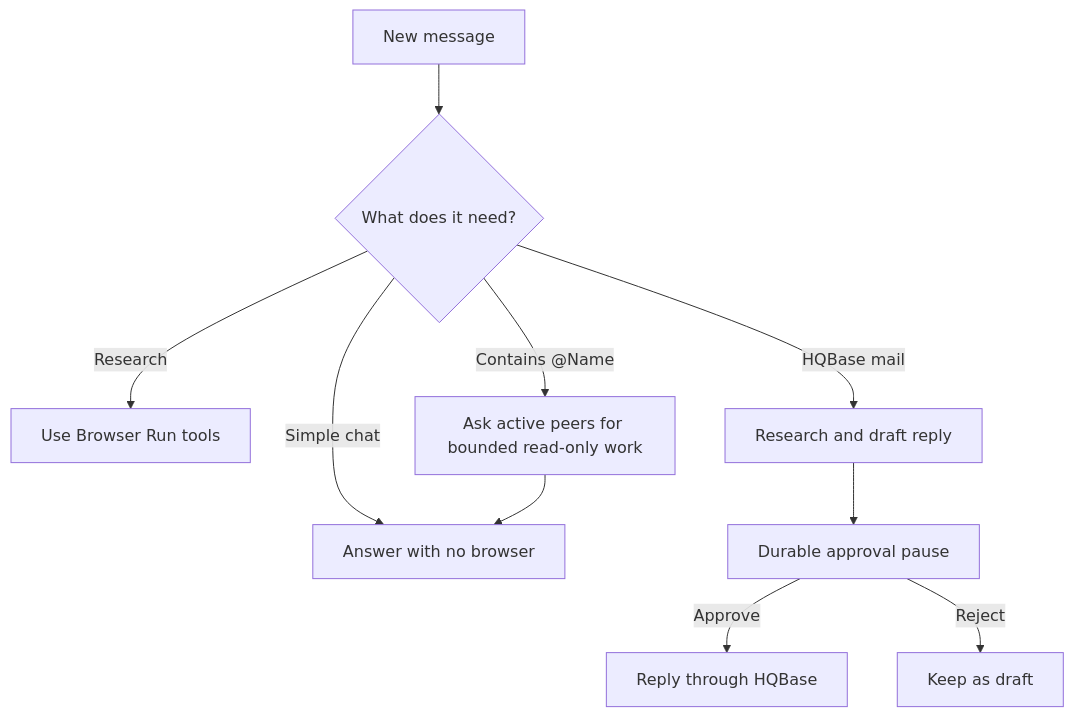
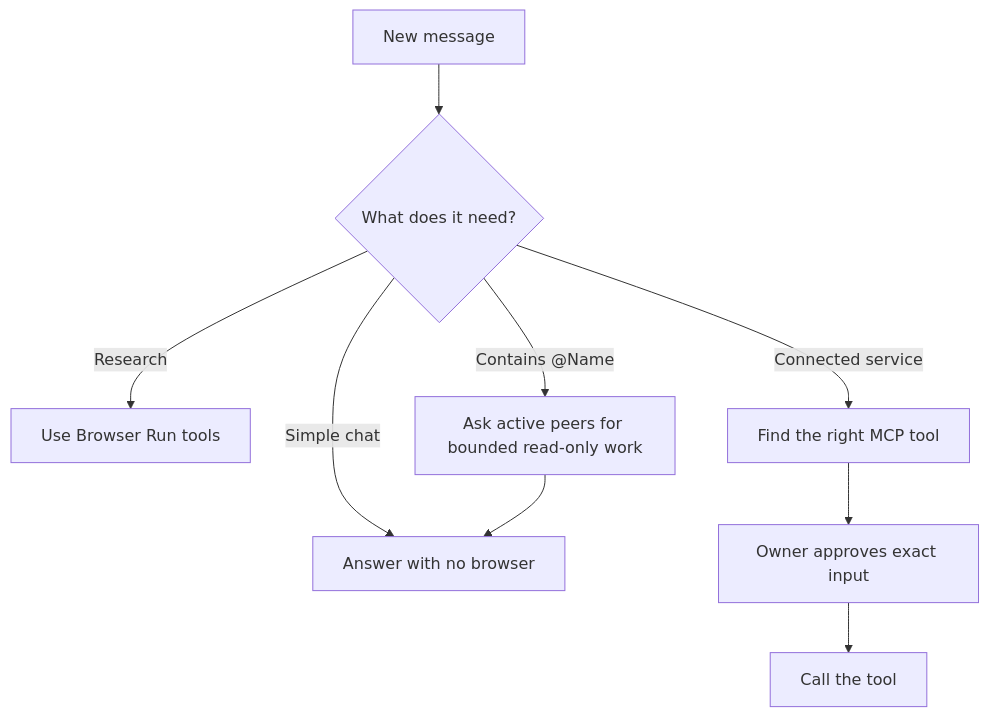
Before and after one commit to HQBase/hqbot: the second of 3 diagrams in docs/architecture.md, drawn with Mermaid. The commit also changed other lines of this file and 10 other files, not shown here.

````diff
--- a/docs/architecture.md
+++ b/docs/architecture.md
@@ -23,12 +23,11 @@
 ```mermaid
 flowchart TD
   Message[New message] --> Route{What does it need?}
   Route -->|Simple chat| Direct[Answer with no browser]
   Route -->|Research| Research[Use Browser Run tools]
   Route -->|Contains @Name| Delegate[Ask active peers for bounded read-only work]
   Delegate --> Direct
-  Route -->|HQBase mail| Mail[Research and draft reply]
-  Mail --> Pause[Durable approval pause]
-  Pause -->|Approve| Send[Reply through HQBase]
-  Pause -->|Reject| Draft[Keep as draft]
+  Route -->|Connected service| Discover[Find the right MCP tool]
+  Discover --> Approve[Owner approves exact input]
+  Approve --> Call[Call the tool]
 ```
````
